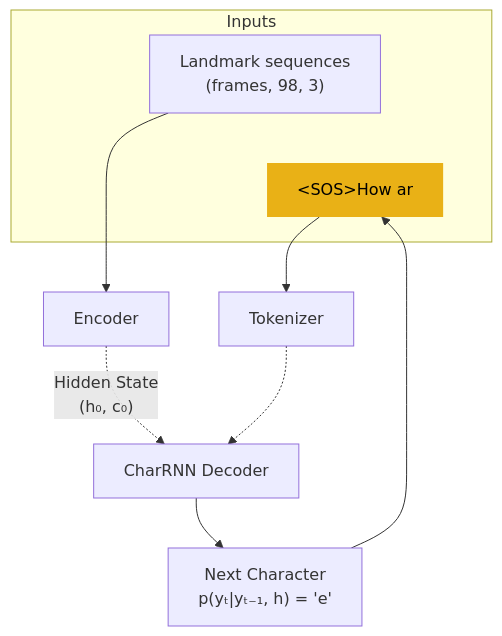
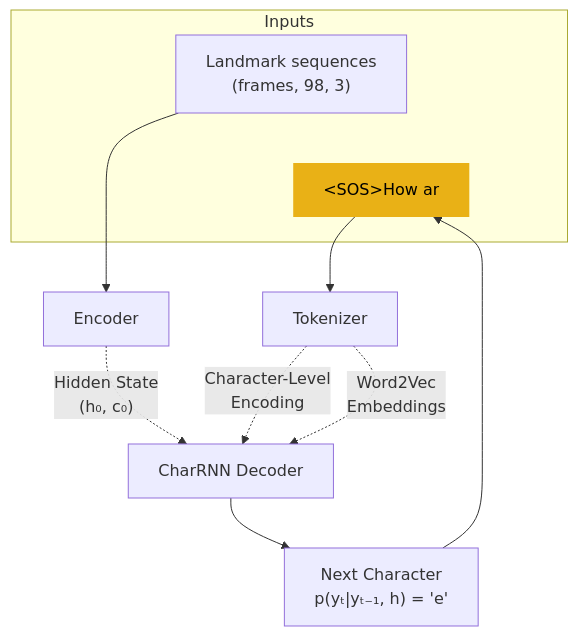
One commit to farahpiralic/ASLens-Test changed the third of 4 diagrams in README.md. Above: the diagram before and after it, drawn with Mermaid.

````diff
--- a/README.md
+++ b/README.md
@@ -115,21 +115,22 @@
 ```mermaid
 
   
 
 graph TD
 subgraph Inputs
 	A["Landmark sequences<br>(frames, 98, 3)"]
 	T["#lt;SOS#gt;How ar"]
 	A ~~~ T
 end
 
 A --> B["Encoder"]
 
 B -.-> |"Hidden State<br>(h₀, c₀)"|C["CharRNN Decoder"]
 T--> P["Tokenizer"]
-P -.-> C
+P -.-> |"Character-Level<br> Encoding"|C
+P -.-> |"Word2Vec<br> Embeddings<br>"|C
 C --> F["Next Character<br>p(yₜ|yₜ₋₁, h) = 'e'"] --> T
 style T fill:#e9b116,stroke:none,color:black
 
 
 ```
````
